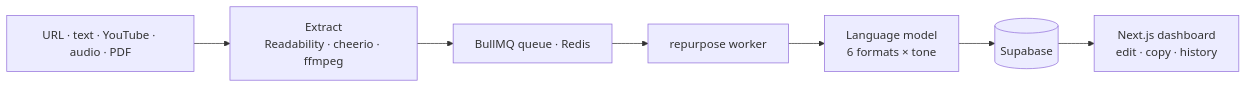
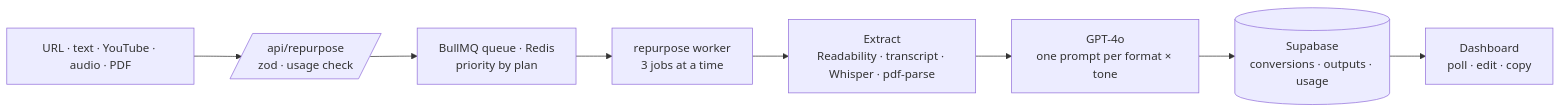
Before and after one commit to kutluhangil/ContentForge-AI: the diagram in README.md, drawn with Mermaid. The commit also changed other lines of this file and 3 other files, not shown here.

````diff
--- a/README.md
+++ b/README.md
@@ -37,8 +61,10 @@
 ```mermaid
 flowchart LR
-  IN[URL · text · YouTube · audio · PDF] --> EX[Extract<br/>Readability · cheerio · ffmpeg]
-  EX --> Q[BullMQ queue · Redis]
-  Q --> W[repurpose worker] --> AI[Language model<br/>6 formats × tone]
-  AI --> DB[(Supabase)]
-  DB --> UI[Next.js dashboard<br/>edit · copy · history]
+  IN[URL · text · YouTube · audio · PDF] --> API[/api/repurpose<br/>zod · usage check/]
+  API --> Q[BullMQ queue · Redis<br/>priority by plan]
+  Q --> W[repurpose worker<br/>3 jobs at a time]
+  W --> EX[Extract<br/>Readability · transcript · Whisper · pdf-parse]
+  EX --> AI[GPT-4o<br/>one prompt per format × tone]
+  AI --> DB[(Supabase<br/>conversions · outputs · usage)]
+  DB --> UI[Dashboard<br/>poll · edit · copy]
 ```
````
